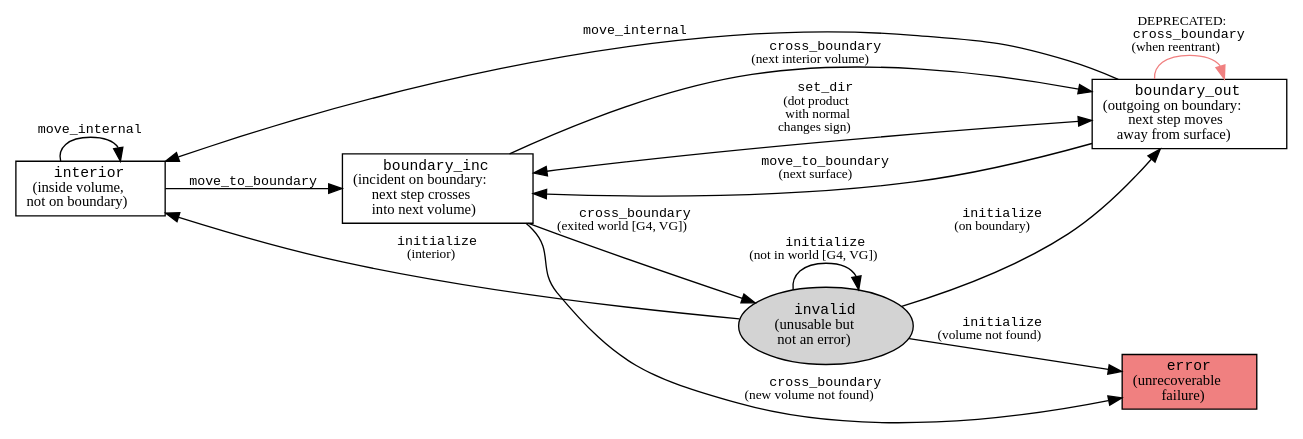
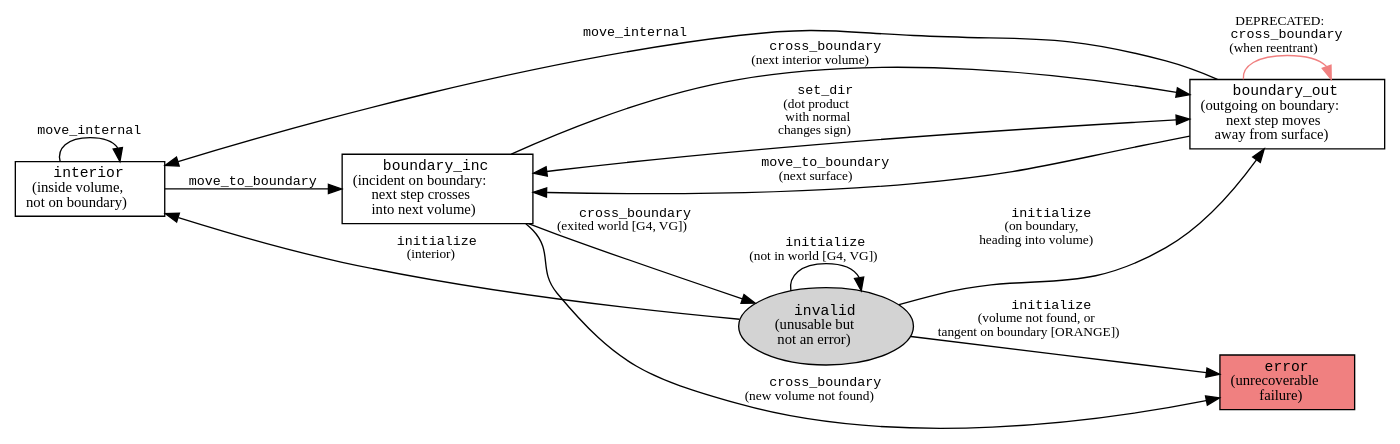
One commit to celeritas-project/celeritas changed the diagram in doc/_input/geo-status.dot. Above: the diagram before and after it, drawn with Graphviz. The commit also changed 11 other files, not shown here.

```diff
--- a/doc/_input/geo-status.dot
+++ b/doc/_input/geo-status.dot
@@ -1,34 +1,34 @@
 digraph GeoStatus {
   graph [rankdir=LR];
   node [fontsize=11 shape=box];
   edge [fontsize=10];
 
   // States
   "interior"            [label=<<FONT FACE="Monospace">interior</FONT><BR/>(inside volume,<BR/>not on boundary)>];
   "boundary_out"    [label=<<FONT FACE="Monospace">boundary_out</FONT><BR/>(outgoing on boundary:<BR/>next step moves<BR/>away from surface)>];
   "boundary_inc"   [label=<<FONT FACE="Monospace">boundary_inc</FONT><BR/>(incident on boundary:<BR/>next step crosses<BR/>into next volume)>];
   "error"               [label=<<FONT FACE="Monospace">error</FONT><BR/>(unrecoverable<BR/>failure)>, style=filled, fillcolor=lightcoral];
   "invalid"             [label=<<FONT FACE="Monospace">invalid</FONT><BR/>(unusable but<BR/>not an error)>, style=filled, shape=oval];
 
   // From invalid: operator= places track in geometry
   "invalid" -> "interior"  [label=<<FONT FACE="Monospace">initialize</FONT><BR/>(interior)>];
-  "invalid" -> "boundary_out"  [label=<<FONT FACE="Monospace">initialize</FONT><BR/>(on boundary)>];
-  "invalid" -> "error"             [label=<<FONT FACE="Monospace">initialize</FONT><BR/>(volume not found)>];
+  "invalid" -> "boundary_out"  [label=<<FONT FACE="Monospace">initialize</FONT><BR/>(on boundary,<BR/>heading into volume)>];
+  "invalid" -> "error"             [label=<<FONT FACE="Monospace">initialize</FONT><BR/>(volume not found, or<BR/>tangent on boundary [ORANGE])>];
   "invalid" -> "invalid"           [label=<<FONT FACE="Monospace">initialize</FONT><BR/>(not in world [G4, VG])>];
 
   // From interior: propagation
   "interior" -> "boundary_inc"  [label=<<FONT FACE="Monospace">move_to_boundary</FONT>>];
   "interior" -> "interior"           [label=<<FONT FACE="Monospace">move_internal</FONT>>];
 
   // From boundary_out: normal tracking
   "boundary_out" -> "interior"           [label=<<FONT FACE="Monospace">move_internal</FONT>>];
   "boundary_out" -> "boundary_inc"  [label=<<FONT FACE="Monospace">set_dir</FONT><BR/>(dot product<BR/>with normal<BR/>changes sign)>, dir="both"];
   "boundary_out" -> "boundary_inc"  [label=<<FONT FACE="Monospace">move_to_boundary</FONT><BR/>(next surface)>];
   // DEPRECATED: should be handled by skipping geo crossing
   "boundary_out" -> "boundary_out"   [label=<DEPRECATED:<BR/><FONT FACE="Monospace">cross_boundary</FONT><BR/>(when reentrant)>, color=lightcoral];
 
   // Crossing the surface
   "boundary_inc" -> "boundary_out"  [label=<<FONT FACE="Monospace">cross_boundary</FONT><BR/>(next interior volume)>];
   "boundary_inc" -> "error"             [label=<<FONT FACE="Monospace">cross_boundary</FONT><BR/>(new volume not found)>];
   "boundary_inc" -> "invalid"           [label=<<FONT FACE="Monospace">cross_boundary</FONT><BR/>(exited world [G4, VG])>];
 }
```
